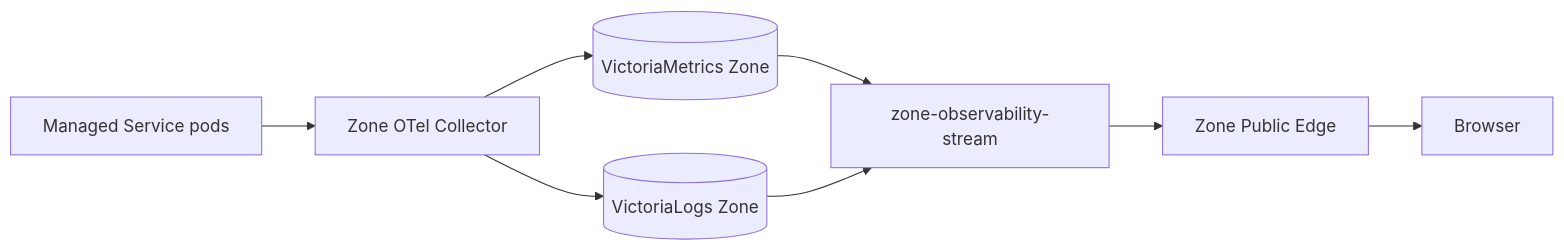
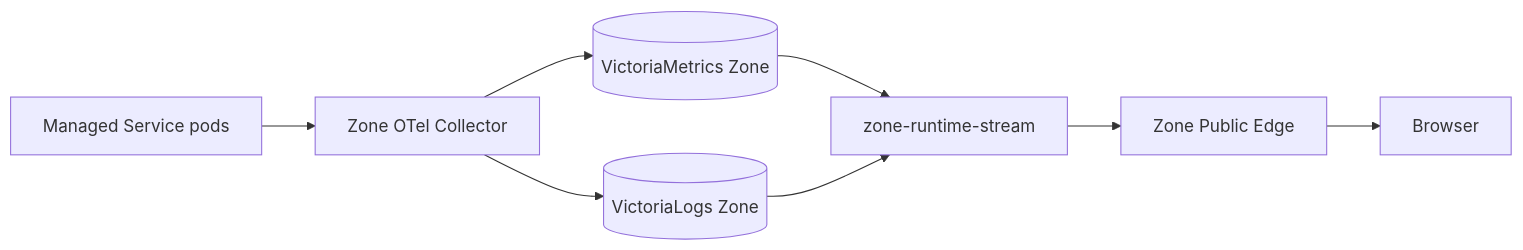
The second of 4 diagrams in god_view/dataplane/telemetry_god_view.md (phucle996/aurora), drawn with Mermaid before and after one commit. The commit also changed other lines of this file and 66 other files, not shown here.

````diff
--- a/god_view/dataplane/telemetry_god_view.md
+++ b/god_view/dataplane/telemetry_god_view.md
@@ -74,10 +86,10 @@
 ```mermaid
 flowchart LR
     MSP[Managed Service pods] --> OC[Zone OTel Collector]
     OC --> VM[(VictoriaMetrics Zone)]
     OC --> VL[(VictoriaLogs Zone)]
-    VM --> ZOS[zone-observability-stream]
-    VL --> ZOS
-    ZOS --> ZPE[Zone Public Edge]
+    VM --> ZRS[zone-runtime-stream]
+    VL --> ZRS
+    ZRS --> ZPE[Zone Public Edge]
     ZPE --> B[Browser]
 ```
````
